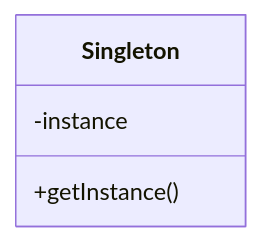
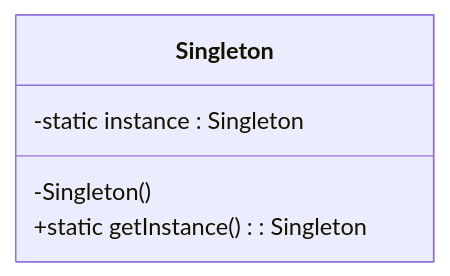
The fifth of 23 diagrams in DESIGN_PATTERN.md (zhangshi0512/Leetcode), drawn with Mermaid before and after one commit. The commit also changed other lines of this file, not shown here.

Commit message:
UML Fixed

````diff
--- a/DESIGN_PATTERN.md
+++ b/DESIGN_PATTERN.md
@@ -76,5 +76,8 @@
 ```mermaid
 classDiagram
-    Singleton : -instance
-    Singleton : +getInstance()
+    class Singleton {
+        -static instance : Singleton
+        -Singleton()
+        +static getInstance() : Singleton
+    }
 ```
````
